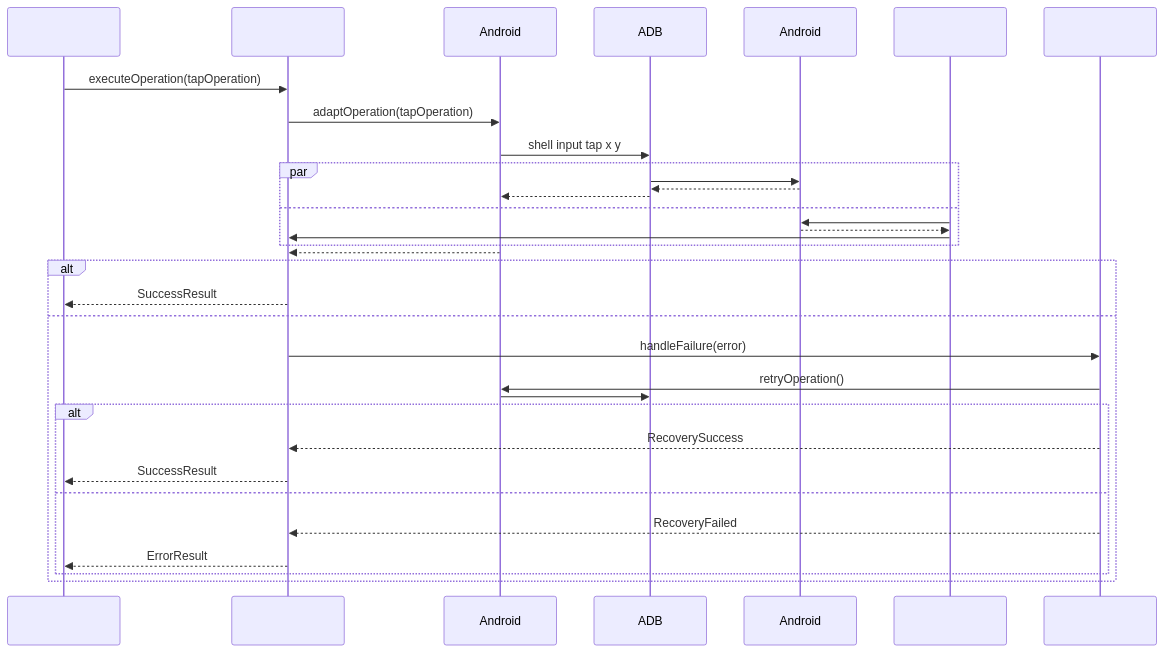
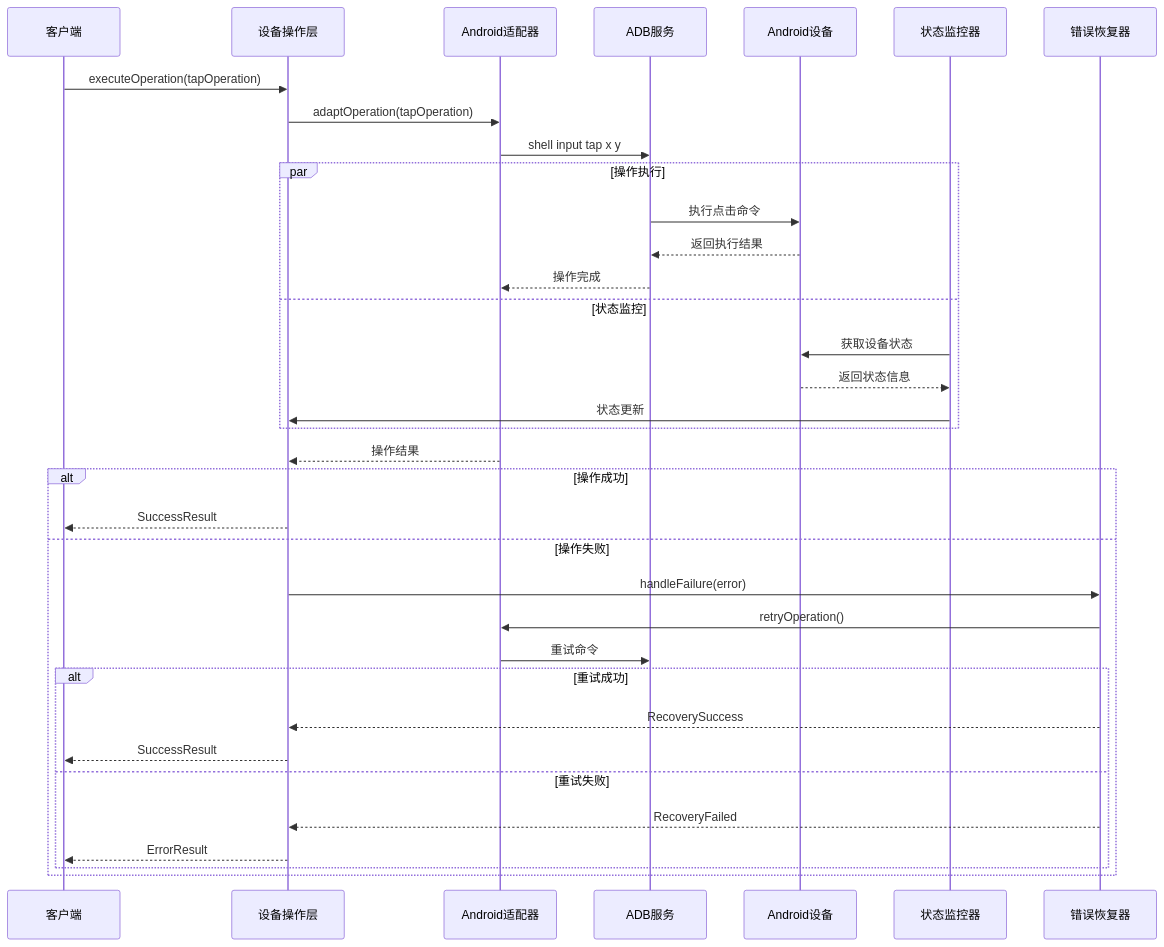
One commit to zhuozp/AI-UI- changed diagram 11 of 32 in 3.md. Above: the diagram before and after it, drawn with Mermaid. The commit also changed other lines of this file, not shown here.

````diff
--- a/3.md
+++ b/3.md
@@ -1553,41 +1554,41 @@
 ```mermaid
 sequenceDiagram
-participant Client as 
-participant DeviceLayer as 
-participant AndroidAdapter as Android
-participant ADB as ADB
-participant Device as Android
-participant Monitor as 
-participant Recovery as 
-
-Client->>DeviceLayer: executeOperation(tapOperation)
-DeviceLayer->>AndroidAdapter: adaptOperation(tapOperation)
-AndroidAdapter->>ADB: shell input tap x y
-
-par 
-ADB->>Device: 
-Device-->>ADB: 
-ADB-->>AndroidAdapter: 
-and 
-Monitor->>Device: 
-Device-->>Monitor: 
-Monitor->>DeviceLayer: 
-end
-
-AndroidAdapter-->>DeviceLayer: 
-
-alt 
-DeviceLayer-->>Client: SuccessResult
-else 
-DeviceLayer->>Recovery: handleFailure(error)
-Recovery->>AndroidAdapter: retryOperation()
-AndroidAdapter->>ADB: 
-alt 
-Recovery-->>DeviceLayer: RecoverySuccess
-DeviceLayer-->>Client: SuccessResult
-else 
-Recovery-->>DeviceLayer: RecoveryFailed
-DeviceLayer-->>Client: ErrorResult
-end
-end
+    participant Client as 客户端
+    participant DeviceLayer as 设备操作层
+    participant AndroidAdapter as Android适配器
+    participant ADB as ADB服务
+    participant Device as Android设备
+    participant Monitor as 状态监控器
+    participant Recovery as 错误恢复器
+    
+    Client->>DeviceLayer: executeOperation(tapOperation)
+    DeviceLayer->>AndroidAdapter: adaptOperation(tapOperation)
+    AndroidAdapter->>ADB: shell input tap x y
+    
+    par 操作执行
+        ADB->>Device: 执行点击命令
+        Device-->>ADB: 返回执行结果
+        ADB-->>AndroidAdapter: 操作完成
+    and 状态监控
+        Monitor->>Device: 获取设备状态
+        Device-->>Monitor: 返回状态信息
+        Monitor->>DeviceLayer: 状态更新
+    end
+    
+    AndroidAdapter-->>DeviceLayer: 操作结果
+    
+    alt 操作成功
+        DeviceLayer-->>Client: SuccessResult
+    else 操作失败
+        DeviceLayer->>Recovery: handleFailure(error)
+        Recovery->>AndroidAdapter: retryOperation()
+        AndroidAdapter->>ADB: 重试命令
+        alt 重试成功
+            Recovery-->>DeviceLayer: RecoverySuccess
+            DeviceLayer-->>Client: SuccessResult
+        else 重试失败
+            Recovery-->>DeviceLayer: RecoveryFailed
+            DeviceLayer-->>Client: ErrorResult
+        end
+    end
 ```
````
